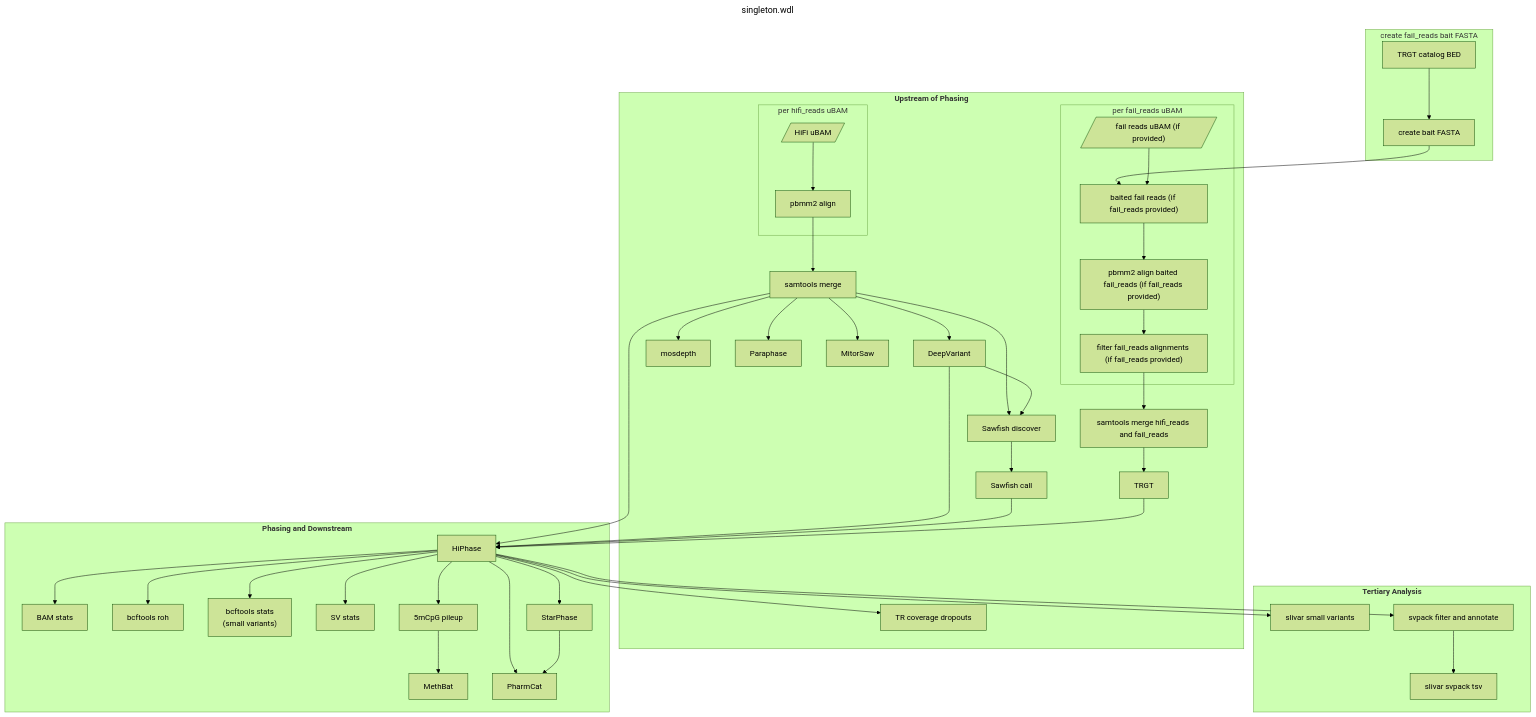
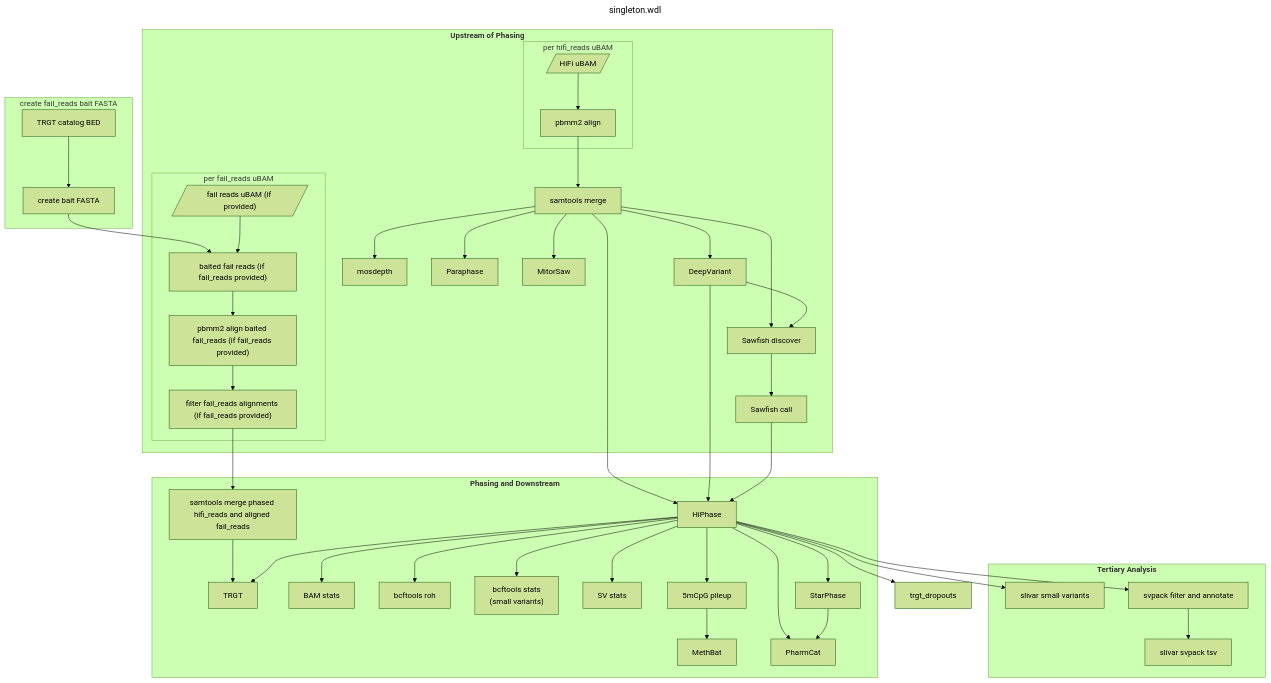
Before and after one commit to PacificBiosciences/HiFi-human-WGS-WDL: the diagram in docs/singleton.md, drawn with Mermaid (forest theme). The commit also changed 8 other files, not shown here.

````diff
--- a/docs/singleton.md
+++ b/docs/singleton.md
@@ -19,78 +19,77 @@
 ```mermaid
 ---
 title: singleton.wdl
 ---
 flowchart TD
   subgraph "create fail_reads bait FASTA"
     trgt_catalog["TRGT catalog BED"]
     bait_fasta["create bait FASTA"]
   end
   subgraph "`**Upstream of Phasing**`"
     subgraph "per hifi_reads uBAM"
       ubam[/"HiFi uBAM"/]
       pbmm2_align["pbmm2 align"]
     end
     subgraph "per fail_reads uBAM"
       fail_ubam[/"fail reads uBAM (if provided)"/]
       bait_fail_reads["baited fail reads (if fail_reads provided)"]
       pbmm2_align_fail_reads["pbmm2 align baited fail_reads (if fail_reads provided)"]
       filter_fail_reads["filter fail_reads alignments (if fail_reads provided)"]
     end
     samtools_merge["samtools merge"]
-    samtools_merge_fail_reads["samtools merge hifi_reads and fail_reads"]
     mosdepth["mosdepth"]
     paraphase["Paraphase"]
     mitorsaw["MitorSaw"]
-    trgt["TRGT"]
-    trgt_dropouts["TR coverage dropouts"]
     deepvariant["DeepVariant"]
     sawfish_discover["Sawfish discover"]
     sawfish_call["Sawfish call"]
   end
   subgraph "`**Phasing and Downstream**`"
     hiphase["HiPhase"]
+    samtools_merge_fail_reads["samtools merge phased hifi_reads and aligned fail_reads"]
+    trgt["TRGT"]
     bam_stats["BAM stats"]
     bcftools_roh["bcftools roh"]
     bcftools_stats["bcftools stats\n(small variants)"]
     sv_stats["SV stats"]
     cpg_pileup["5mCpG pileup"]
     methbat["MethBat"]
     starphase["StarPhase"]
     pharmcat["PharmCat"]
   end
   subgraph "`**Tertiary Analysis**`"
     slivar_small_variants["slivar small variants"]
     svpack["svpack filter and annotate"]
     slivar_svpack["slivar svpack tsv"]
   end
 
   trgt_catalog --> bait_fasta --> bait_fail_reads
   fail_ubam --> bait_fail_reads --> pbmm2_align_fail_reads --> filter_fail_reads --> samtools_merge_fail_reads
   ubam --> pbmm2_align --> samtools_merge
   samtools_merge --> mosdepth
   samtools_merge --> paraphase
   samtools_merge --> mitorsaw
   samtools_merge_fail_reads --> trgt
   samtools_merge --> deepvariant
   samtools_merge --> sawfish_discover
   samtools_merge --> hiphase
   deepvariant --> sawfish_discover
   deepvariant --> hiphase
   sawfish_discover --> sawfish_call --> hiphase
-  trgt --> hiphase
 
+  hiphase --> trgt
   hiphase --> bam_stats
   hiphase --> bcftools_roh
   hiphase --> bcftools_stats
   hiphase --> sv_stats
   hiphase --> cpg_pileup
   hiphase --> starphase
   hiphase --> pharmcat
   hiphase --> trgt_dropouts
   starphase --> pharmcat
   cpg_pileup --> methbat
 
   hiphase --> slivar_small_variants
   hiphase --> svpack
   svpack --> slivar_svpack
 ```
````
